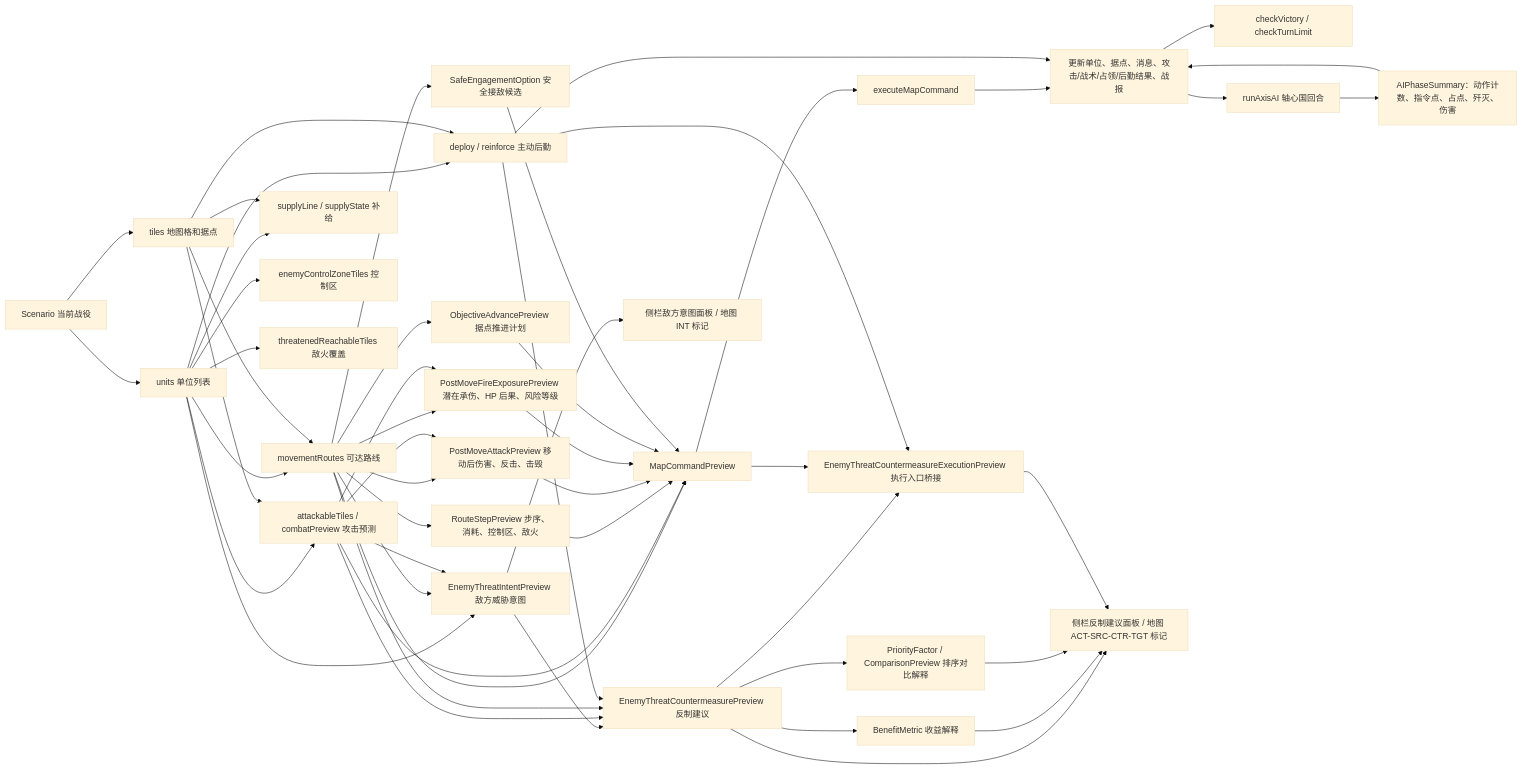
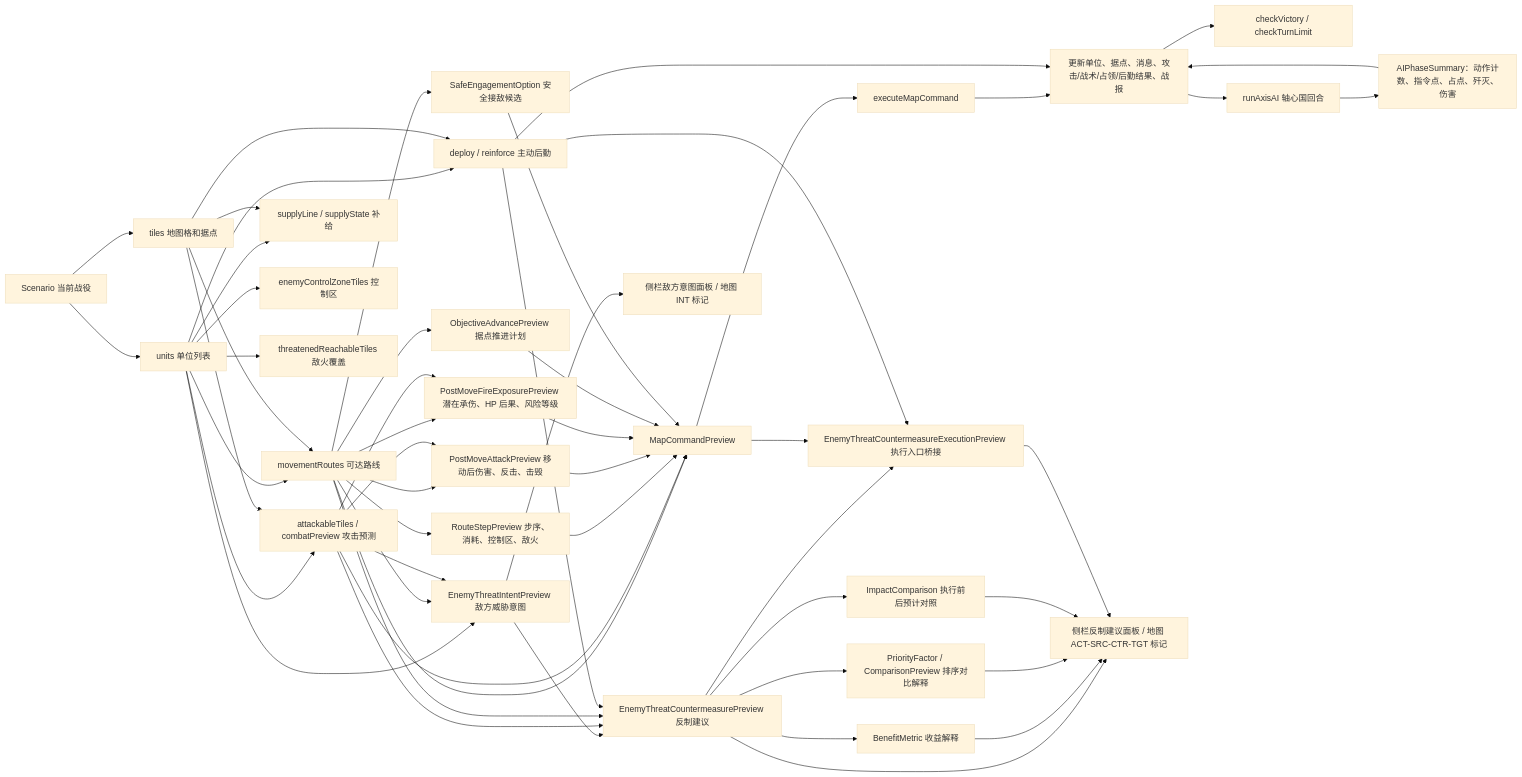
The third of 5 diagrams in md/flow/flowchart.md (Altman-sam114/116), drawn with Mermaid (base theme) before and after one commit. The commit also changed other lines of this file and 10 other files, not shown here.

````diff
--- a/md/flow/flowchart.md
+++ b/md/flow/flowchart.md
@@ -67,53 +70,55 @@
 ```mermaid
 flowchart LR
   S["Scenario 当前战役"] --> U["units 单位列表"]
   S --> T["tiles 地图格和据点"]
   U --> MV["movementRoutes 可达路线"]
   T --> MV
   U --> AT["attackableTiles / combatPreview 攻击预测"]
   T --> AT
   U --> SUP["supplyLine / supplyState 补给"]
   T --> SUP
   U --> LOG["deploy / reinforce 主动后勤"]
   T --> LOG
   U --> ZOC["enemyControlZoneTiles 控制区"]
   U --> THR["threatenedReachableTiles 敌火覆盖"]
   U --> INT["EnemyThreatIntentPreview 敌方威胁意图"]
   INT --> CTR["EnemyThreatCountermeasurePreview 反制建议"]
   CTR --> BM2["BenefitMetric 收益解释"]
   CTR --> PF["PriorityFactor / ComparisonPreview 排序对比解释"]
+  CTR --> IP2["ImpactComparison 执行前后预计对照"]
   CTR --> EBP["EnemyThreatCountermeasureExecutionPreview 执行入口桥接"]
   MV --> RP["RouteStepPreview 步序、消耗、控制区、敌火"]
   MV --> PM["PostMoveAttackPreview 移动后伤害、反击、击毁"]
   MV --> FP["PostMoveFireExposurePreview 潜在承伤、HP 后果、风险等级"]
   MV --> OP["ObjectiveAdvancePreview 据点推进计划"]
   MV --> SE["SafeEngagementOption 安全接敌候选"]
   MV --> INT
   AT --> PM
   AT --> FP
   AT --> INT
   AT --> CTR
   MV --> CTR
   LOG --> CTR
   CMD --> EBP
   LOG --> EBP
   MV --> CMD["MapCommandPreview"]
   AT --> CMD
   RP --> CMD
   PM --> CMD
   FP --> CMD
   OP --> CMD
   SE --> CMD
   CMD --> EX["executeMapCommand"]
   EX --> RES["更新单位、据点、消息、攻击/战术/占领/后勤结果、战报"]
   LOG --> RES
   RES --> WIN["checkVictory / checkTurnLimit"]
   RES --> AI["runAxisAI 轴心国回合"]
   AI --> AIS["AIPhaseSummary：动作计数、指令点、占点、歼灭、伤害"]
   AIS --> RES
   INT --> UI["侧栏敌方意图面板 / 地图 INT 标记"]
   CTR --> UI2["侧栏反制建议面板 / 地图 ACT-SRC-CTR-TGT 标记"]
   BM2 --> UI2
   PF --> UI2
+  IP2 --> UI2
   EBP --> UI2
 ```
````
